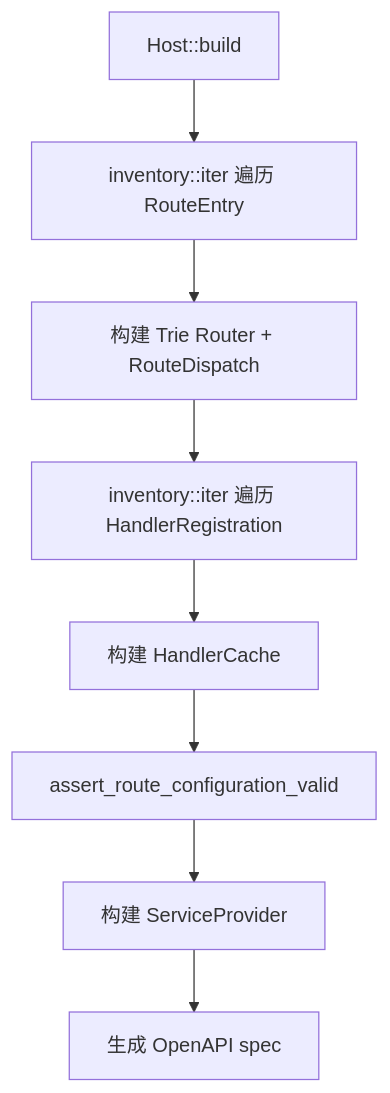
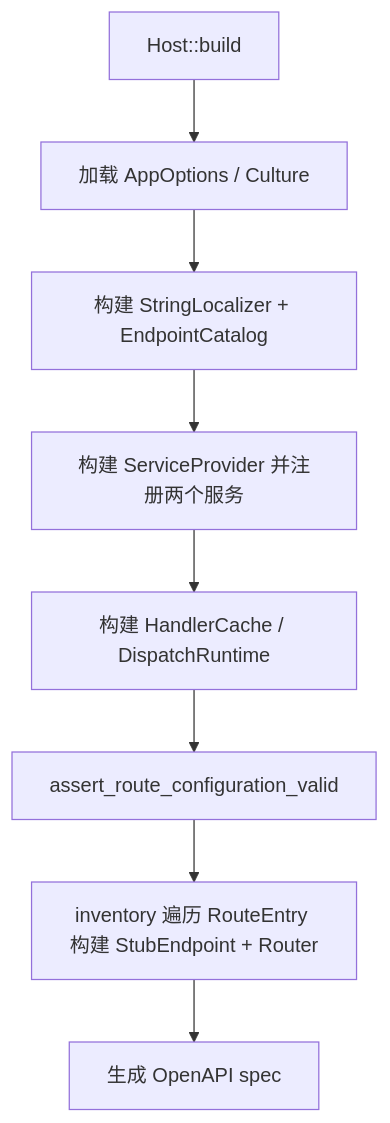
The diagram in docs/rust-webx/04-architecture/compile-time-scan.md (Rust-Framework/rust-webx), drawn with Mermaid before and after one commit. The commit also changed other lines of this file and 58 other files, not shown here.

````diff
--- a/docs/rust-webx/04-architecture/compile-time-scan.md
+++ b/docs/rust-webx/04-architecture/compile-time-scan.md
@@ -32,10 +37,10 @@
 ```mermaid
 graph TD
-    A[Host::build] --> B[inventory::iter 遍历 RouteEntry]
-    B --> C[构建 Trie Router + RouteDispatch]
-    C --> D[inventory::iter 遍历 HandlerRegistration]
-    D --> E[构建 HandlerCache]
+    A[Host::build] --> B[加载 AppOptions / Culture]
+    B --> C[构建 StringLocalizer + EndpointCatalog]
+    C --> D[构建 ServiceProvider 并注册两个服务]
+    D --> E[构建 HandlerCache / DispatchRuntime]
     E --> F[assert_route_configuration_valid]
-    F --> G[构建 ServiceProvider]
+    F --> G[inventory 遍历 RouteEntry 构建 StubEndpoint + Router]
     G --> H[生成 OpenAPI spec]
 ```
````
